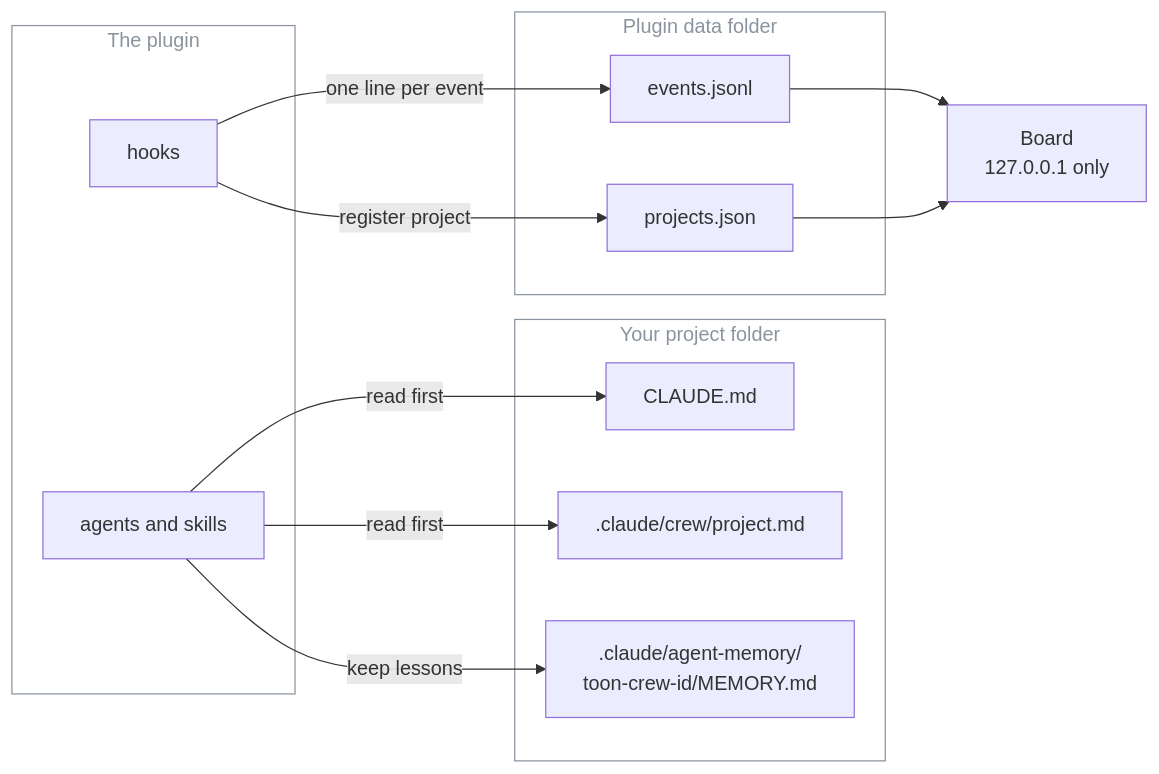
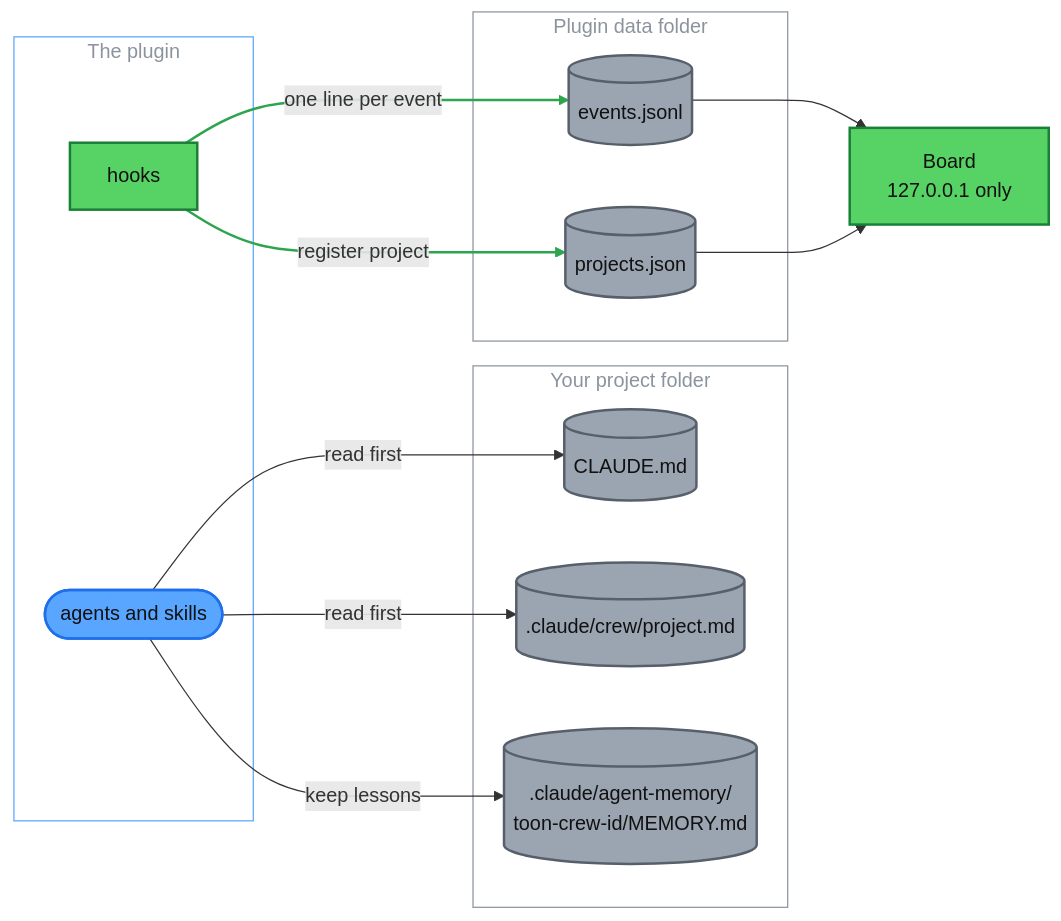
The second of 5 diagrams in docs/how-it-works.md (amanpatil808/claude-crew), drawn with Mermaid before and after one commit. The commit also changed other lines of this file and 8 other files, not shown here.

First line of the commit message:
README: real Crew Room screenshots, coloured diagrams, demo seeder

````diff
--- a/docs/how-it-works.md
+++ b/docs/how-it-works.md
@@ -134,28 +154,46 @@
 ```mermaid
 flowchart LR
     subgraph PROJ["Your project folder"]
-        CM["CLAUDE.md"]
-        PM[".claude/crew/project.md"]
-        MEM[".claude/agent-memory/<br/>toon-crew-id/MEMORY.md"]
+        CM[("CLAUDE.md")]
+        PM[(".claude/crew/project.md")]
+        MEM[(".claude/agent-memory/<br/>toon-crew-id/MEMORY.md")]
     end
     subgraph PLUG["The plugin"]
-        AG["agents and skills"]
+        AG(["agents and skills"])
         HK["hooks"]
     end
     subgraph DATA["Plugin data folder"]
-        EV["events.jsonl"]
-        REG["projects.json"]
+        EV[("events.jsonl")]
+        REG[("projects.json")]
     end
     BD["Board<br/>127.0.0.1 only"]
 
     AG -->|"read first"| CM
     AG -->|"read first"| PM
     AG -->|"keep lessons"| MEM
     HK -->|"one line per event"| EV
     HK -->|"register project"| REG
     EV --> BD
     REG --> BD
+
+  classDef mgmt fill:#58a6ff,stroke:#1f6feb,color:#111,stroke-width:2px
+  classDef backend fill:#e3b341,stroke:#9a6700,color:#111,stroke-width:2px
+  classDef frontend fill:#ff7b72,stroke:#cf222e,color:#111,stroke-width:2px
+  classDef devops fill:#39c5cf,stroke:#0e7490,color:#111,stroke-width:2px
+  classDef security fill:#8e9cf5,stroke:#4c5bd4,color:#111,stroke-width:2px
+  classDef qa fill:#bc8cff,stroke:#8250df,color:#111,stroke-width:2px
+  classDef research fill:#f0883e,stroke:#bc4c00,color:#111,stroke-width:2px
+  classDef docs fill:#f778ba,stroke:#bf3989,color:#111,stroke-width:2px
+  classDef helpers fill:#c9b97a,stroke:#8a7a3a,color:#111,stroke-width:2px
+  classDef crew fill:#b1bac4,stroke:#57606a,color:#111,stroke-width:2px
+  classDef data fill:#9aa5b1,stroke:#57606a,color:#111,stroke-width:2px
+  classDef board fill:#56d364,stroke:#1a7f37,color:#111,stroke-width:2px
+  classDef ext fill:#c5ccd4,stroke:#57606a,color:#111,stroke-width:2px,stroke-dasharray:5 3
+    class CM,PM,MEM,EV,REG data
+    class AG mgmt
+    class HK,BD board
     style PROJ fill:transparent,stroke:#8b949e,color:#8b949e
-    style PLUG fill:transparent,stroke:#8b949e,color:#8b949e
+    style PLUG fill:transparent,stroke:#58a6ff,color:#8b949e
     style DATA fill:transparent,stroke:#8b949e,color:#8b949e
+    linkStyle 3,4 stroke:#2da44e,stroke-width:2px
 ```
````
